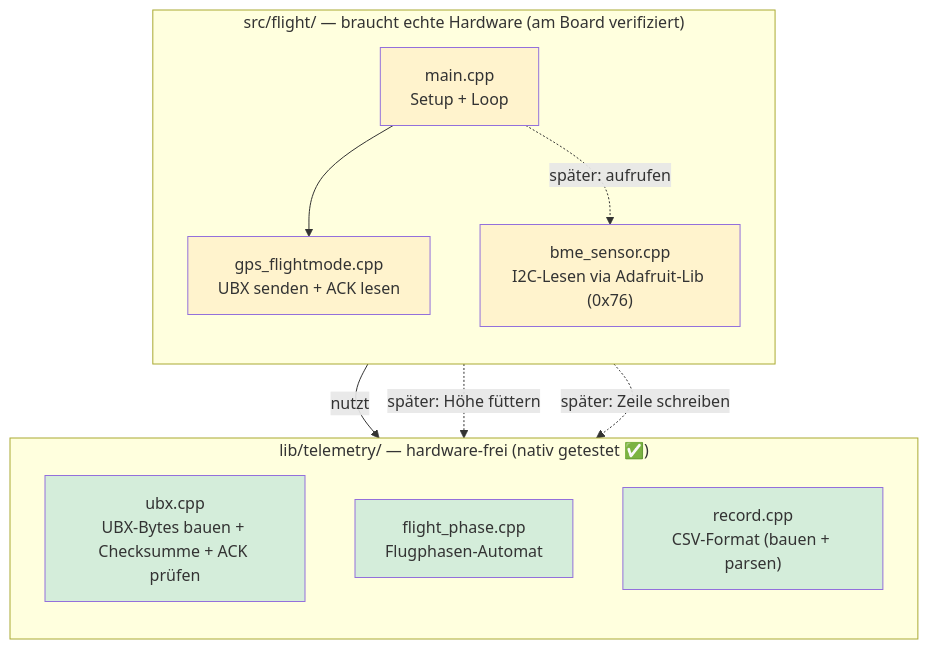
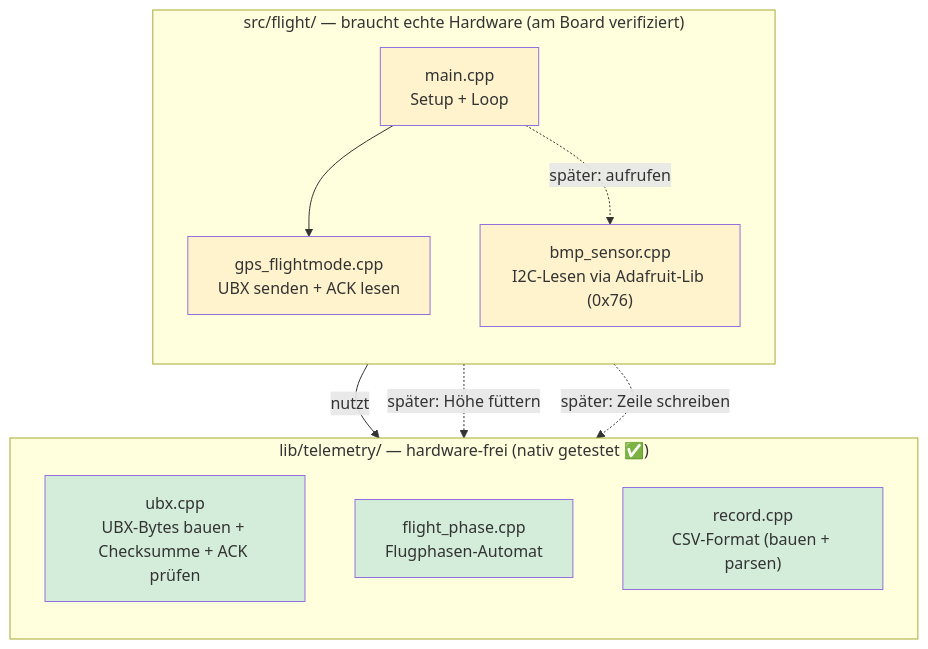
The first of 6 diagrams in docs/software-flow.md (rhoentier/weather_balloon), drawn with Mermaid before and after one commit. The commit also changed other lines of this file, not shown here.

First line of the commit message:
docs(software-flow): zurueck auf BMP280 (Chip-ID 0x58 am Board)

````diff
--- a/docs/software-flow.md
+++ b/docs/software-flow.md
@@ -27,29 +27,29 @@
 ```mermaid
 flowchart TB
     subgraph HW["src/flight/ — braucht echte Hardware (am Board verifiziert)"]
         direction TB
         MAIN["main.cpp<br/>Setup + Loop"]
         GPSFM["gps_flightmode.cpp<br/>UBX senden + ACK lesen"]
-        BME["bme_sensor.cpp<br/>I2C-Lesen via Adafruit-Lib (0x76)"]
+        BMP["bmp_sensor.cpp<br/>I2C-Lesen via Adafruit-Lib (0x76)"]
     end
 
     subgraph LIB["lib/telemetry/ — hardware-frei (nativ getestet ✅)"]
         direction TB
         UBX["ubx.cpp<br/>UBX-Bytes bauen + Checksumme + ACK prüfen"]
         PHASE["flight_phase.cpp<br/>Flugphasen-Automat"]
         REC["record.cpp<br/>CSV-Format (bauen + parsen)"]
     end
 
     MAIN --> GPSFM
     GPSFM -->|nutzt| UBX
-    MAIN -.->|später: aufrufen| BME
+    MAIN -.->|später: aufrufen| BMP
     MAIN -.->|später: Höhe füttern| PHASE
     MAIN -.->|später: Zeile schreiben| REC
 
     style UBX fill:#d4edda
     style PHASE fill:#d4edda
     style REC fill:#d4edda
     style GPSFM fill:#fff3cd
     style MAIN fill:#fff3cd
-    style BME fill:#fff3cd
+    style BMP fill:#fff3cd
 ```
````
